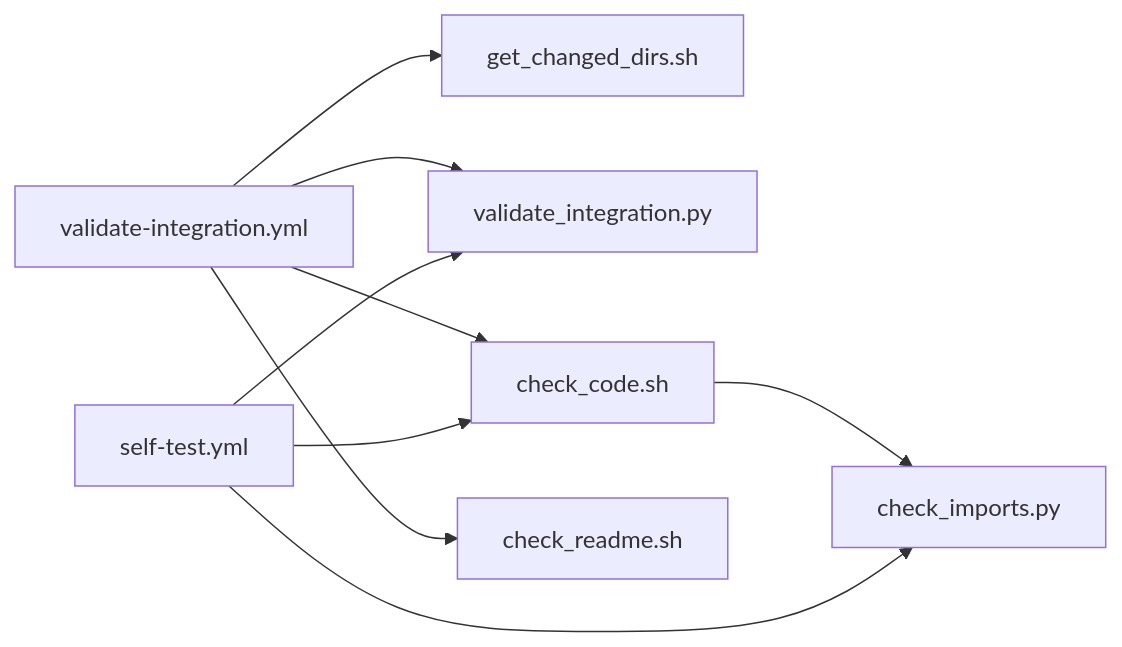
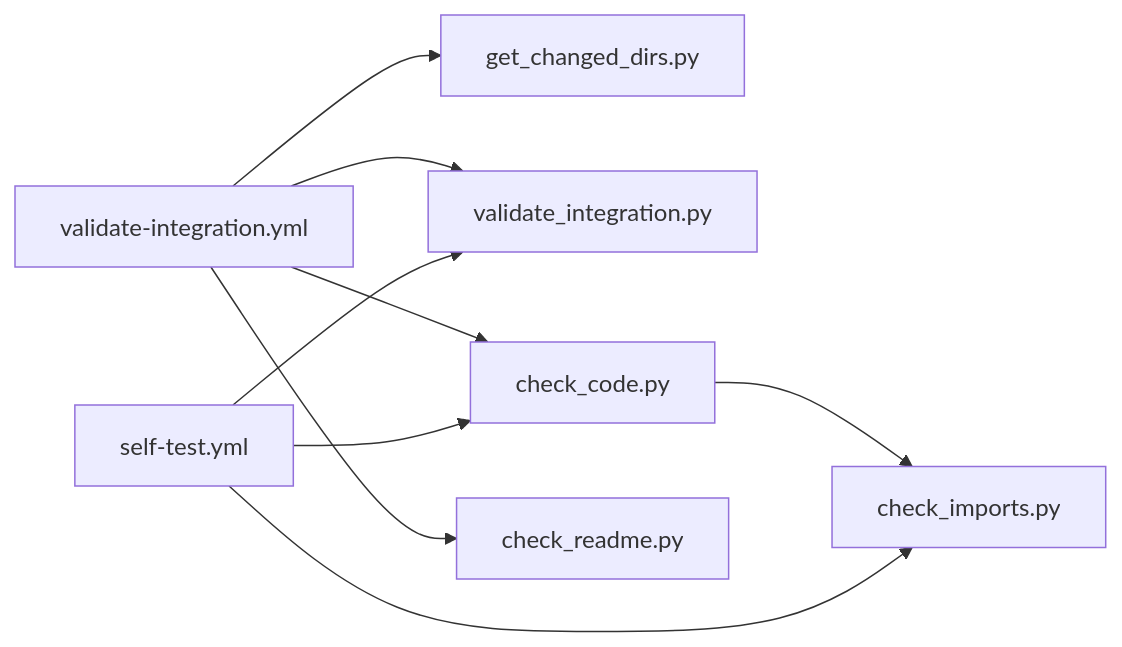
One commit to Autohive-AI/autohive-integrations-tooling changed the second of 2 diagrams in scripts/docs/check_imports.md. Above: the diagram before and after it, drawn with Mermaid. The commit also changed other lines of this file and 4 other files, not shown here.

````diff
--- a/scripts/docs/check_imports.md
+++ b/scripts/docs/check_imports.md
@@ -136,11 +137,11 @@
 ```mermaid
 flowchart LR
-    A[validate-integration.yml] --> B[get_changed_dirs.sh]
+    A[validate-integration.yml] --> B[get_changed_dirs.py]
     A --> C[validate_integration.py]
-    A --> D[check_code.sh]
-    A --> E[check_readme.sh]
+    A --> D[check_code.py]
+    A --> E[check_readme.py]
     D --> F[check_imports.py]
     G[self-test.yml] --> C
     G --> D
     G --> F
 ```
````
